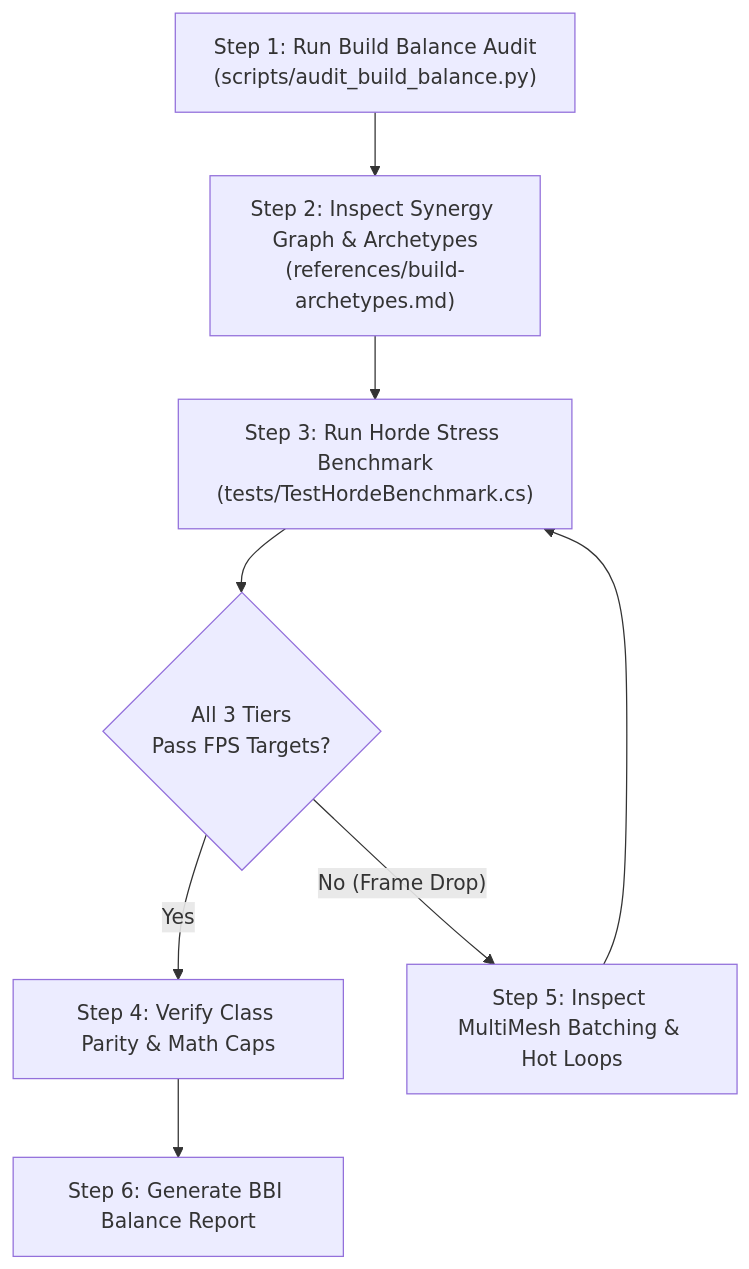
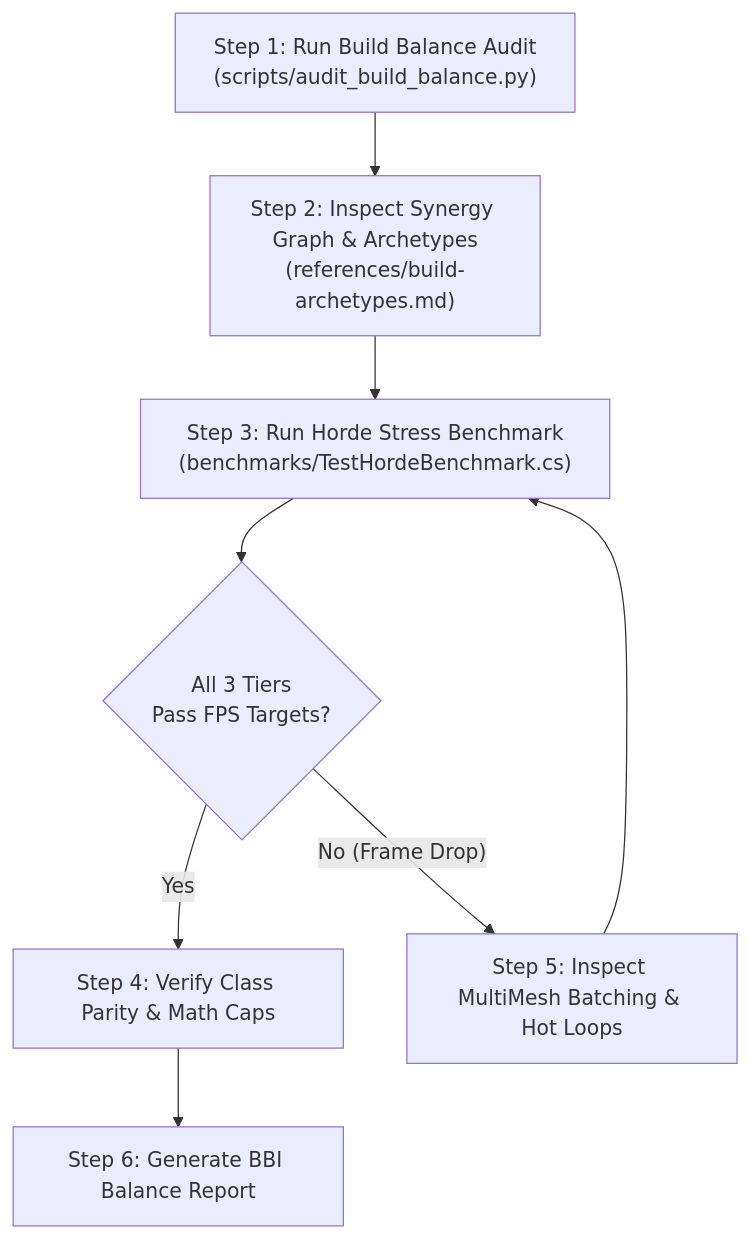
The second of 2 diagrams in .agents/skills/game-balance-eval/SKILL.md (skyrocket-qy/Phagocyte), drawn with Mermaid before and after one commit. The commit also changed other lines of this file and 33 other files, not shown here.

````diff
--- a/.agents/skills/game-balance-eval/SKILL.md
+++ b/.agents/skills/game-balance-eval/SKILL.md
@@ -65,10 +65,10 @@
 ```mermaid
 flowchart TD
     A["Step 1: Run Build Balance Audit<br/>(scripts/audit_build_balance.py)"] --> B["Step 2: Inspect Synergy Graph & Archetypes<br/>(references/build-archetypes.md)"]
-    B --> C["Step 3: Run Horde Stress Benchmark<br/>(tests/TestHordeBenchmark.cs)"]
+    B --> C["Step 3: Run Horde Stress Benchmark<br/>(benchmarks/TestHordeBenchmark.cs)"]
     C --> D{"All 3 Tiers<br/>Pass FPS Targets?"}
     D -- "Yes" --> E["Step 4: Verify Class Parity & Math Caps"]
     D -- "No (Frame Drop)" --> F["Step 5: Inspect MultiMesh Batching & Hot Loops"]
     E --> G["Step 6: Generate BBI Balance Report"]
     F --> C
 ```
````
